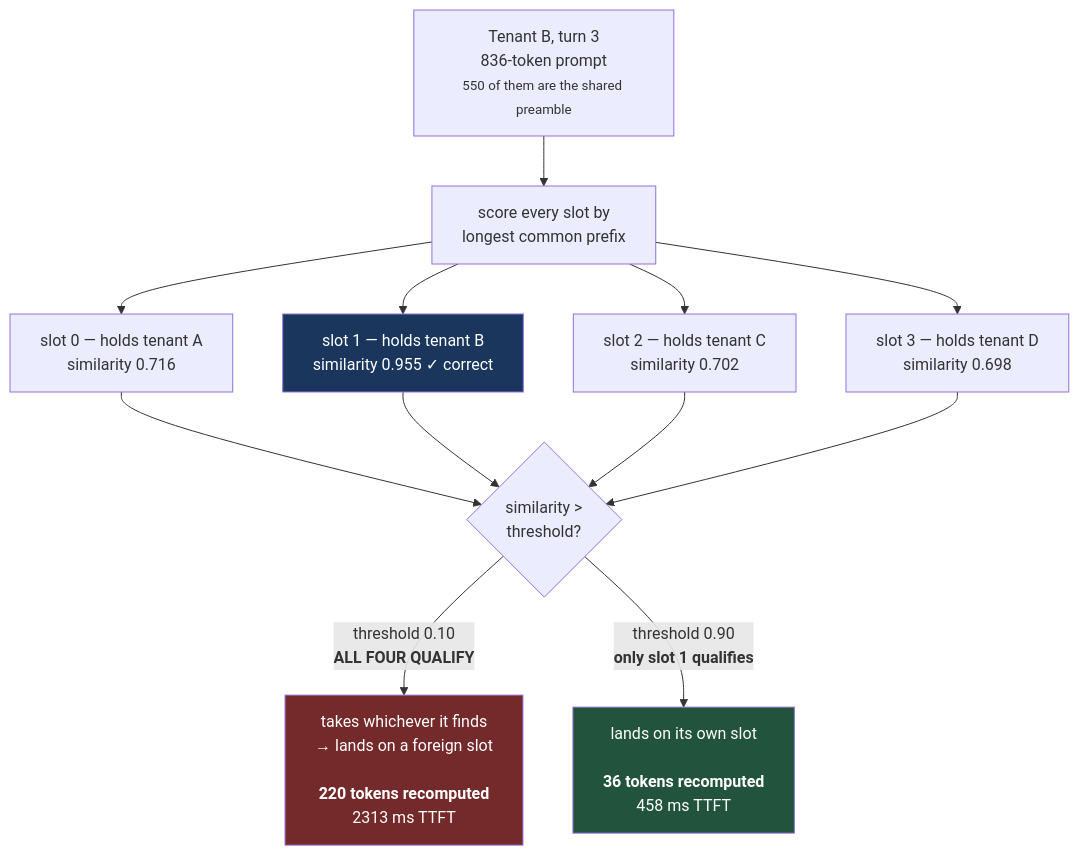
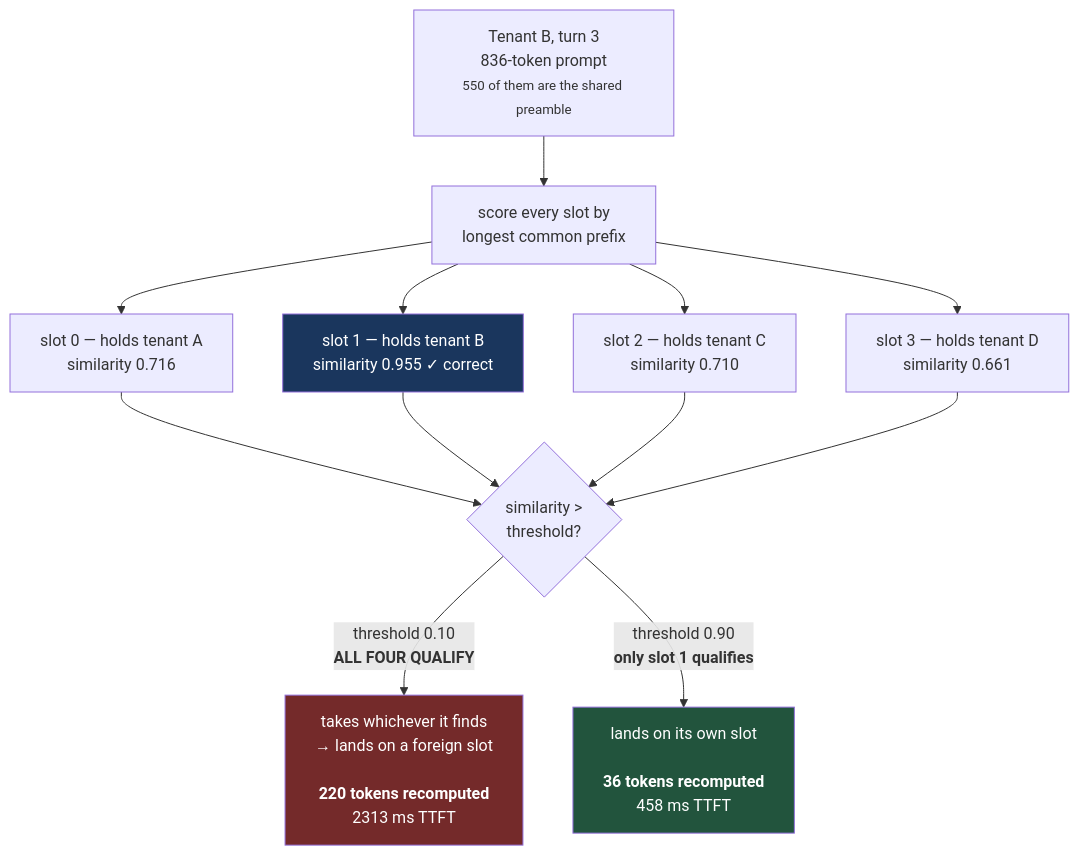
One commit to Unknown1502/neoverse-tune changed the first of 13 diagrams in docs/flows.md. Above: the diagram before and after it, drawn with Mermaid. The commit also changed other lines of this file and 1 other file, not shown here.

````diff
--- a/docs/flows.md
+++ b/docs/flows.md
@@ -30,23 +30,23 @@
 ```mermaid
 flowchart TB
     req["Tenant B, turn 3<br/>836-token prompt<br/><small>550 of them are the shared preamble</small>"]
 
     req --> score["score every slot by<br/>longest common prefix"]
 
     score --> s0["slot 0 — holds tenant A<br/>similarity 0.716"]
     score --> s1["slot 1 — holds tenant B<br/>similarity 0.955 ✓ correct"]
-    score --> s2["slot 2 — holds tenant C<br/>similarity 0.702"]
-    score --> s3["slot 3 — holds tenant D<br/>similarity 0.698"]
+    score --> s2["slot 2 — holds tenant C<br/>similarity 0.710"]
+    score --> s3["slot 3 — holds tenant D<br/>similarity 0.661"]
 
     s0 --> gate{"similarity ><br/>threshold?"}
     s1 --> gate
     s2 --> gate
     s3 --> gate
 
     gate -->|"threshold 0.10<br/><b>ALL FOUR QUALIFY</b>"| bad["takes whichever it finds<br/>→ lands on a foreign slot<br/><br/><b>220 tokens recomputed</b><br/>2313 ms TTFT"]
     gate -->|"threshold 0.90<br/><b>only slot 1 qualifies</b>"| good["lands on its own slot<br/><br/><b>36 tokens recomputed</b><br/>458 ms TTFT"]
 
     style bad fill:#742a2a,color:#fff
     style good fill:#22543d,color:#fff
     style s1 fill:#1a365d,color:#fff
 ```
````
